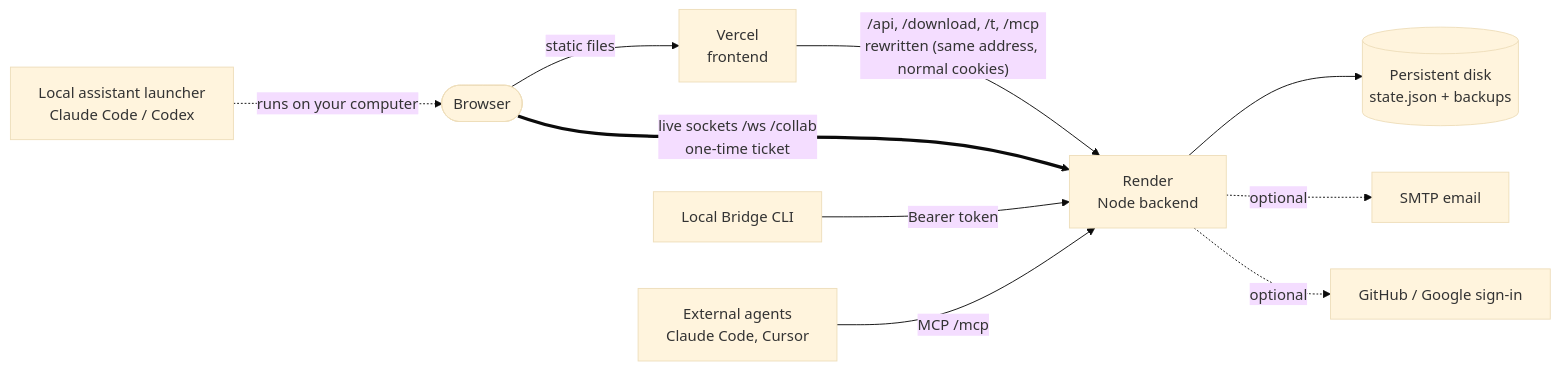
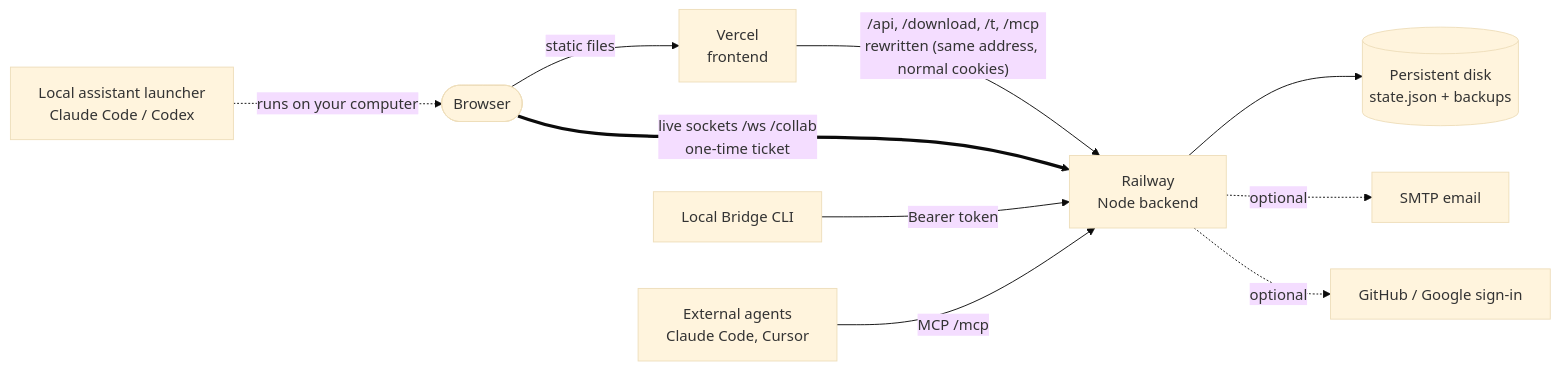
One commit to Piyush5525/Hackconnect changed the first of 6 diagrams in README.md. Above: the diagram before and after it, drawn with Mermaid (base theme). The commit also changed other lines of this file and 5 other files, not shown here.

Commit message:
Switch backend deployment to Railway

````diff
--- a/README.md
+++ b/README.md
@@ -95,12 +95,12 @@
 ```mermaid
 flowchart LR
   U([Browser]) -->|static files| V[Vercel<br/>frontend]
-  V -->|"/api, /download, /t, /mcp<br/>rewritten (same address, normal cookies)"| R[Render<br/>Node backend]
+  V -->|"/api, /download, /t, /mcp<br/>rewritten (same address, normal cookies)"| R[Railway<br/>Node backend]
   U ==>|"live sockets /ws /collab<br/>one-time ticket"| R
   R --> D[(Persistent disk<br/>state.json + backups)]
   R -.->|optional| M[SMTP email]
   R -.->|optional| O[GitHub / Google sign-in]
   L[Local assistant launcher<br/>Claude Code / Codex] -.->|"runs on your computer"| U
   B[Local Bridge CLI] -->|Bearer token| R
   X[External agents<br/>Claude Code, Cursor] -->|MCP /mcp| R
 ```
````
